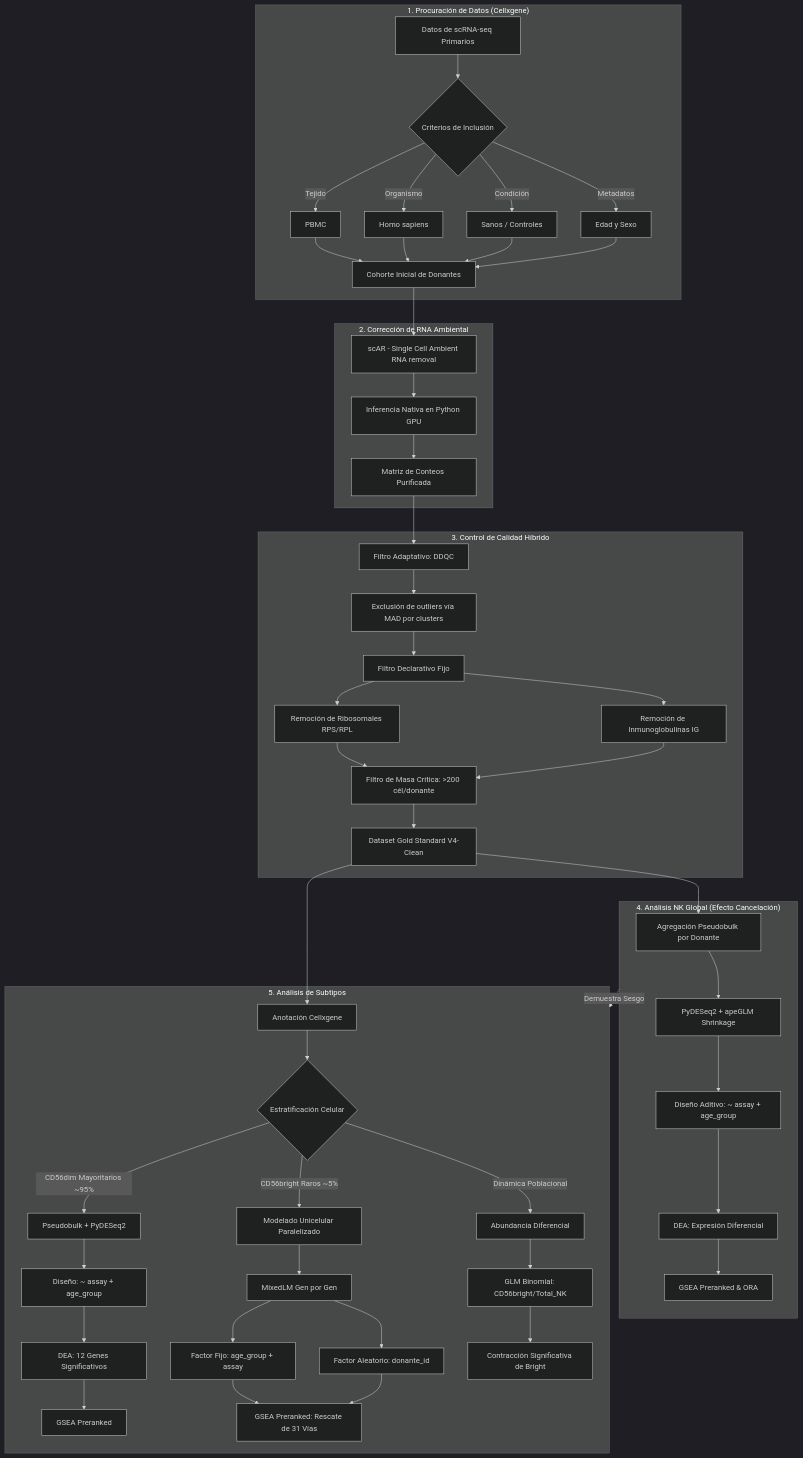
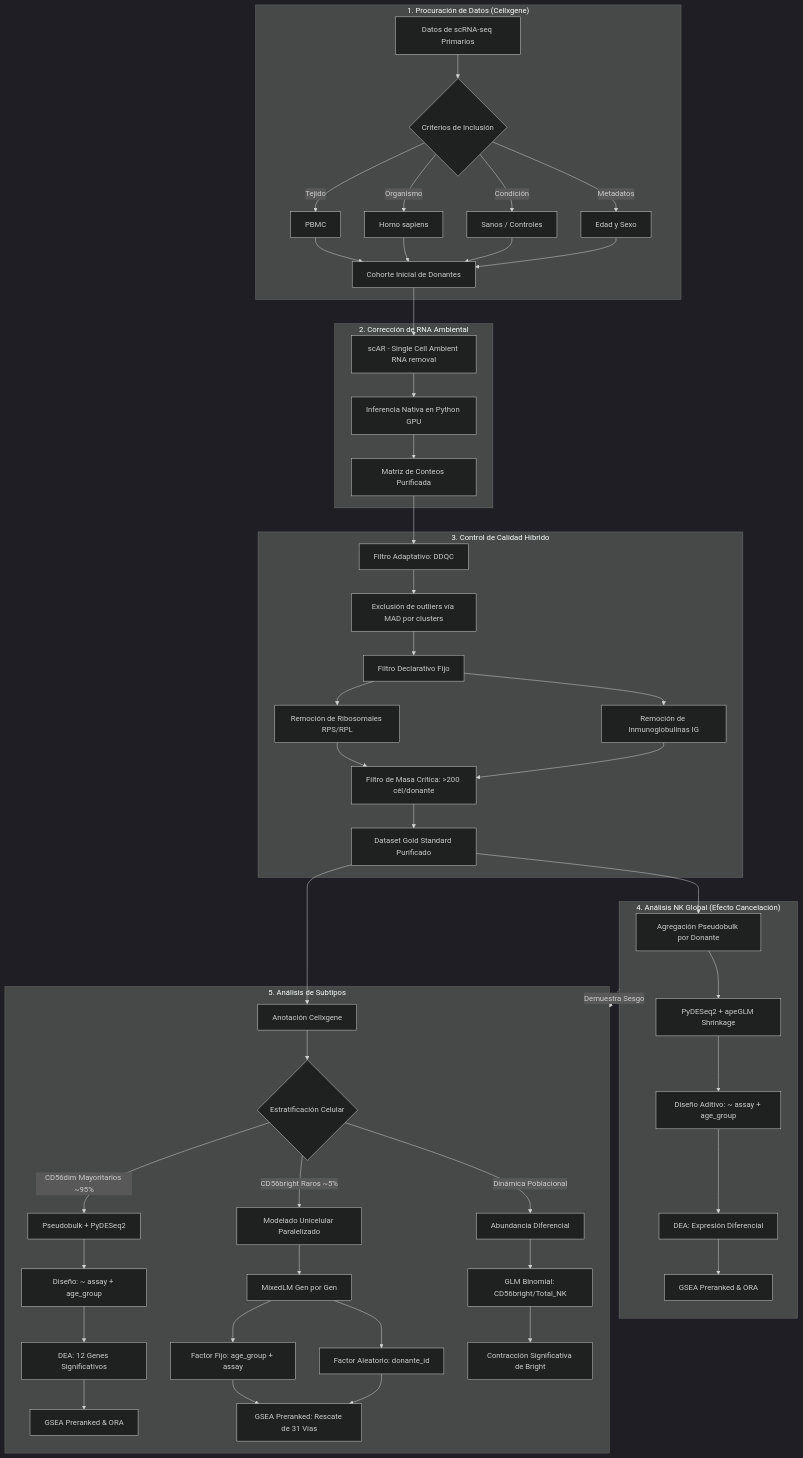
Before and after one commit to Alfred3005/NK_RNA_ambient_v2: the diagram in results/subtypes_abundance_integration_report.md, drawn with Mermaid (dark theme). The commit also changed other lines of this file and 45 other files, not shown here.

````diff
--- a/results/subtypes_abundance_integration_report.md
+++ b/results/subtypes_abundance_integration_report.md
@@ -11,62 +38,62 @@
 ```mermaid
 flowchart TD
     %% Obtención de Datos
     subgraph Data_Procurement ["1. Procuración de Datos (Cellxgene)"]
         A[Datos de scRNA-seq Primarios] --> B{Criterios de Inclusión}
         B -->|Tejido| C1[PBMC]
         B -->|Organismo| C2[Homo sapiens]
         B -->|Condición| C3[Sanos / Controles]
         B -->|Metadatos| C4[Edad y Sexo]
         C1 & C2 & C3 & C4 --> D[Cohorte Inicial de Donantes]
     end
 
     %% Corrección Ambiental
     subgraph Ambient_RNA ["2. Corrección de RNA Ambiental"]
         D --> E[scAR - Single Cell Ambient RNA removal]
         E --> F[Inferencia Nativa en Python GPU]
         F --> G[Matriz de Conteos Purificada]
     end
 
     %% Control de Calidad
     subgraph QC ["3. Control de Calidad Híbrido"]
         G --> H[Filtro Adaptativo: DDQC]
         H --> I[Exclusión de outliers vía MAD por clusters]
         I --> J[Filtro Declarativo Fijo]
         J --> K[Remoción de Ribosomales RPS/RPL]
         J --> L[Remoción de Inmunoglobulinas IG]
         K & L --> M[Filtro de Masa Crítica: >200 cél/donante]
-        M --> N[Dataset Gold Standard V4-Clean]
+        M --> N[Dataset Gold Standard Purificado]
     end
 
     %% Análisis General NK
     subgraph Global_Analysis ["4. Análisis NK Global (Efecto Cancelación)"]
         N --> O[Agregación Pseudobulk por Donante]
         O --> P[PyDESeq2 + apeGLM Shrinkage]
         P --> Q[Diseño Aditivo: ~ assay + age_group]
         Q --> R[DEA: Expresión Diferencial]
         R --> S[GSEA Preranked & ORA]
     end
 
     %% Análisis de Subtipos
     subgraph Subtype_Analysis ["5. Análisis de Subtipos"]
         N --> U[Anotación Cellxgene]
         U --> V{Estratificación Celular}
         
         V -->|CD56dim Mayoritarios ~95%| W[Pseudobulk + PyDESeq2]
         W --> X[Diseño: ~ assay + age_group]
         X --> Y[DEA: 12 Genes Significativos]
-        Y --> Z[GSEA Preranked]
+        Y --> Z[GSEA Preranked & ORA]
         
         V -->|CD56bright Raros ~5%| AA[Modelado Unicelular Paralelizado]
         AA --> AB[MixedLM Gen por Gen]
         AB --> AC[Factor Fijo: age_group + assay]
         AB --> AD[Factor Aleatorio: donante_id]
         AC & AD --> AE[GSEA Preranked: Rescate de 31 Vías]
         
         V -->|Dinámica Poblacional| AF[Abundancia Diferencial]
         AF --> AG[GLM Binomial: CD56bright/Total_NK]
         AG --> AH[Contracción Significativa de Bright]
     end
     
     Global_Analysis -.->|Demuestra Sesgo| Subtype_Analysis
 ```
````
